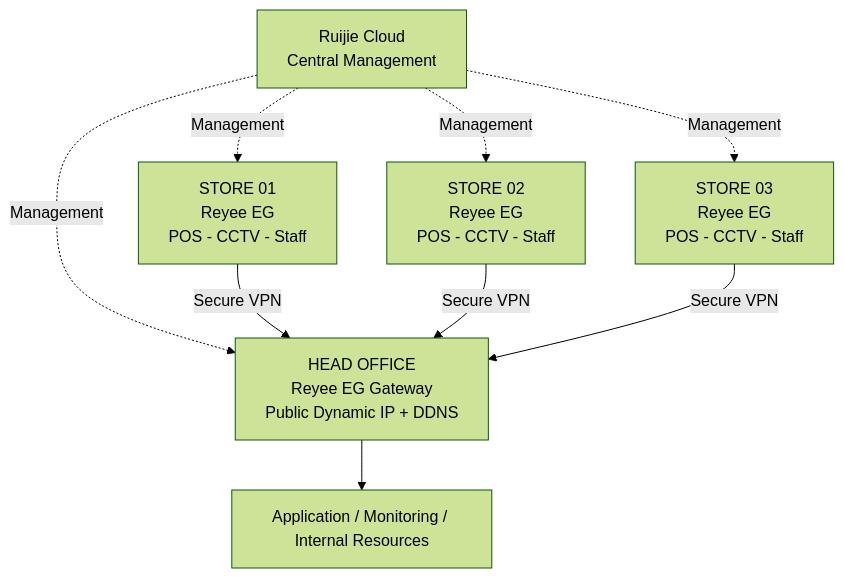
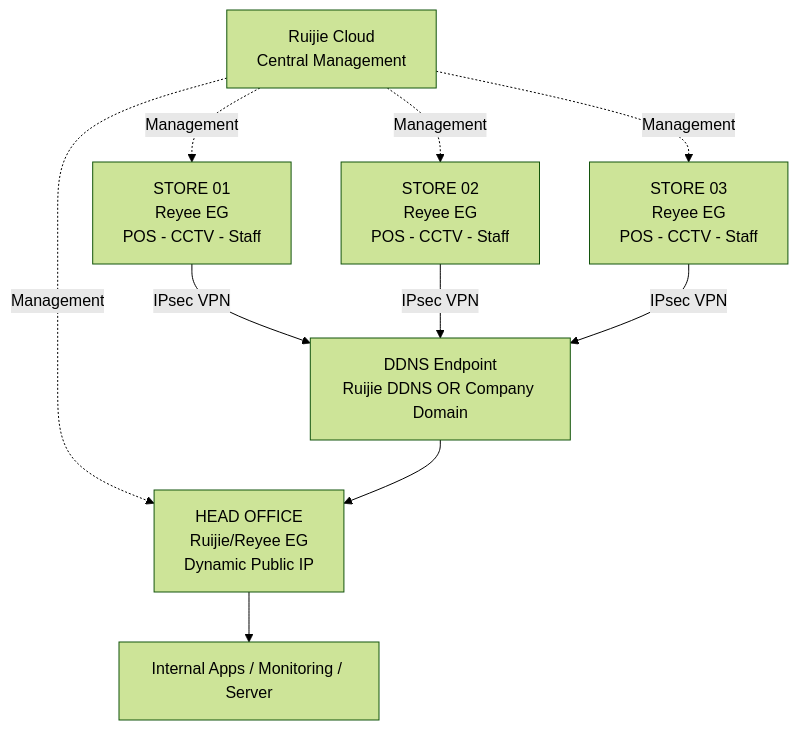
Before and after one commit to aaariel18/Ruijie-Multi-Site-VPN-Hemat-tanpa-Static-IP-dengan-DDNS-Easy-VPN: the diagram in README.md, drawn with Mermaid (forest theme). The commit also changed other lines of this file, not shown here.

Commit message:
docs: rewrite article around Ruijie DDNS and custom company domain options

```diff
--- a/README.md
+++ b/README.md
@@ -476,21 +217,24 @@
 ~~~mermaid
 flowchart TB
     CLOUD["Ruijie Cloud<br/>Central Management"]
 
-    HQ["HEAD OFFICE<br/>Reyee EG Gateway<br/>Public Dynamic IP + DDNS"]
-    APP["Application / Monitoring / Internal Resources"]
+    HQ["HEAD OFFICE<br/>Ruijie/Reyee EG<br/>Dynamic Public IP"]
+    DDNS["DDNS Endpoint<br/>Ruijie DDNS OR Company Domain"]
+    APP["Internal Apps / Monitoring / Server"]
 
     S1["STORE 01<br/>Reyee EG<br/>POS - CCTV - Staff"]
     S2["STORE 02<br/>Reyee EG<br/>POS - CCTV - Staff"]
     S3["STORE 03<br/>Reyee EG<br/>POS - CCTV - Staff"]
 
     CLOUD -. Management .-> HQ
     CLOUD -. Management .-> S1
     CLOUD -. Management .-> S2
     CLOUD -. Management .-> S3
 
-    S1 -->|Secure VPN| HQ
-    S2 -->|Secure VPN| HQ
-    S3 -->|Secure VPN| HQ
+    DDNS --> HQ
+    S1 -->|IPsec VPN| DDNS
+    S2 -->|IPsec VPN| DDNS
+    S3 -->|IPsec VPN| DDNS
+
     HQ --> APP
 ~~~
```
